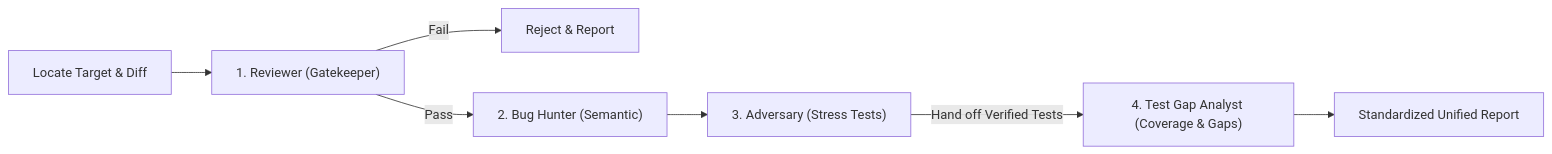
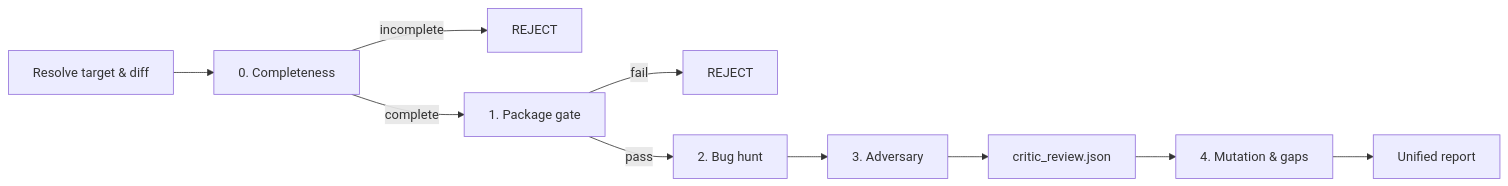
One commit to jiva-studio/shruti changed the diagram in .agents/skills/review/SKILL.md. Above: the diagram before and after it, drawn with Mermaid. The commit also changed other lines of this file and 7 other files, not shown here.

````diff
--- a/.agents/skills/review/SKILL.md
+++ b/.agents/skills/review/SKILL.md
@@ -10,9 +21,12 @@
 ```mermaid
 flowchart LR
-    Target["Locate Target & Diff"] --> Stage1["1. Reviewer (Gatekeeper)"]
-    Stage1 -->|"Fail"| EarlyExit["Reject & Report"]
-    Stage1 -->|"Pass"| Stage2["2. Bug Hunter (Semantic)"]
-    Stage2 --> Stage3["3. Adversary (Stress Tests)"]
-    Stage3 -->|"Hand off Verified Tests"| Stage4["4. Test Gap Analyst (Coverage & Gaps)"]
-    Stage4 --> Report["Standardized Unified Report"]
+    Target["Resolve target & diff"] --> S0["0. Completeness"]
+    S0 -->|"incomplete"| Stop0["REJECT"]
+    S0 -->|"complete"| S1["1. Package gate"]
+    S1 -->|"fail"| Stop1["REJECT"]
+    S1 -->|"pass"| S2["2. Bug hunt"]
+    S2 --> S3["3. Adversary"]
+    S3 --> Critic["critic_review.json"]
+    Critic --> S4["4. Mutation & gaps"]
+    S4 --> Report["Unified report"]
 ```
````
